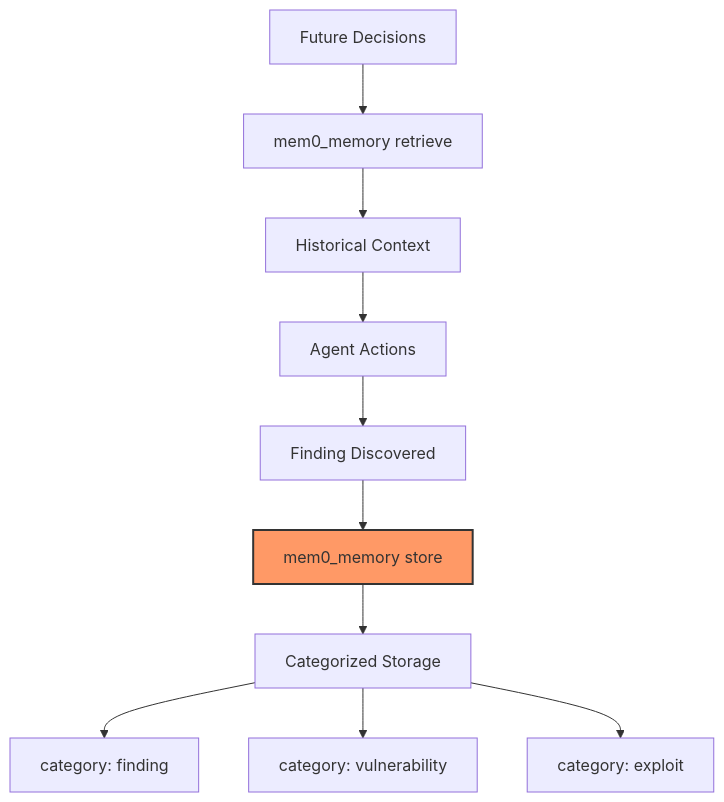
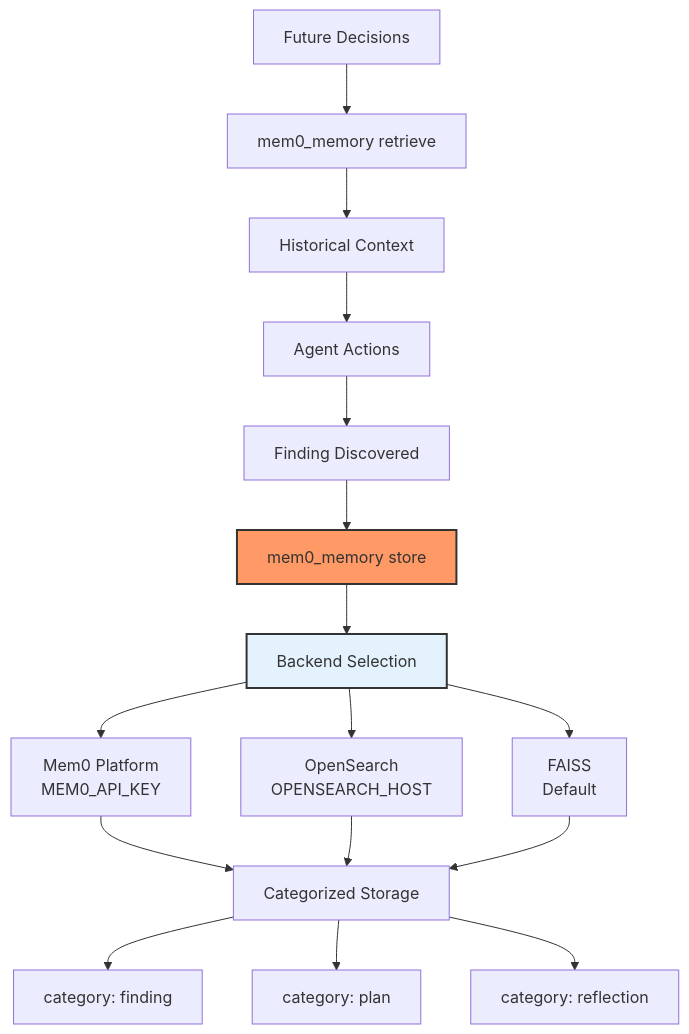
Before and after one commit to westonbrown/Cyber-AutoAgent: the fifth of 5 diagrams in docs/architecture.md, drawn with Mermaid. The commit also changed other lines of this file and 10 other files, not shown here.

````diff
--- a/docs/architecture.md
+++ b/docs/architecture.md
@@ -196,16 +196,25 @@
 ```mermaid
 graph TB
     A[Agent Actions] --> B[Finding Discovered]
     B --> C[mem0_memory store]
-    C --> D[Categorized Storage]
-    
-    D --> E[category: finding]
-    D --> F[category: vulnerability]
-    D --> G[category: exploit]
-    
-    H[Future Decisions] --> I[mem0_memory retrieve]
-    I --> J[Historical Context]
-    J --> A
-    
+    C --> D[Backend Selection]
+
+    D --> E[Mem0 Platform<br/>MEM0_API_KEY]
+    D --> F[OpenSearch<br/>OPENSEARCH_HOST]
+    D --> G[FAISS<br/>Default]
+
+    E --> H[Categorized Storage]
+    F --> H
+    G --> H
+
+    H --> I[category: finding]
+    H --> J[category: plan]
+    H --> K[category: reflection]
+
+    L[Future Decisions] --> M[mem0_memory retrieve]
+    M --> N[Historical Context]
+    N --> A
+
     style C fill:#f96,stroke:#333,stroke-width:2px
+    style D fill:#e3f2fd,stroke:#333,stroke-width:2px
 ```
````
